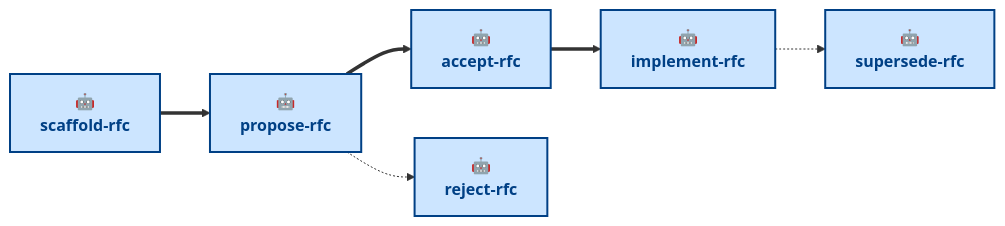
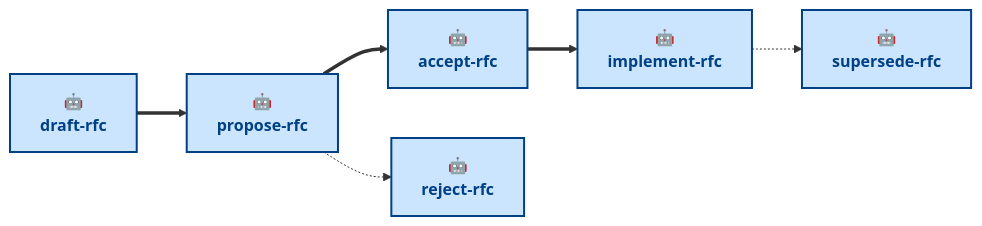
One commit to kieranpotts/rfc changed the diagram in .agents/skills/README.md. Above: the diagram before and after it, drawn with Mermaid. The commit also changed other lines of this file and 2 other files, not shown here.

Commit message:
chore: rename scaffold-* to draft-*

````diff
--- a/.agents/skills/README.md
+++ b/.agents/skills/README.md
@@ -35,19 +35,19 @@
 ```mermaid
 flowchart LR
-  scaffold["🤖<br/><b>scaffold-rfc</b>"]:::agentic
+  draft["🤖<br/><b>draft-rfc</b>"]:::agentic
   propose["🤖<br/><b>propose-rfc</b>"]:::agentic
   accept["🤖<br/><b>accept-rfc</b>"]:::agentic
   reject["🤖<br/><b>reject-rfc</b>"]:::agentic
   implement["🤖<br/><b>implement-rfc</b>"]:::agentic
   supersede["🤖<br/><b>supersede-rfc</b>"]:::agentic
 
-  scaffold ==> propose
+  draft ==> propose
   propose ==> accept
   accept ==> implement
   implement -.-> supersede
   propose -.-> reject
 
   classDef agentic fill:#cce5ff,stroke:#004085,color:#004085,stroke-width:2px
   classDef scripted fill:#e2e3e5,stroke:#4b5157,color:#383d41,stroke-width:2px
   classDef anthropic fill:#fff3cd,stroke:#856404,color:#856404,stroke-width:2px,stroke-dasharray:2 3
 ```
````
